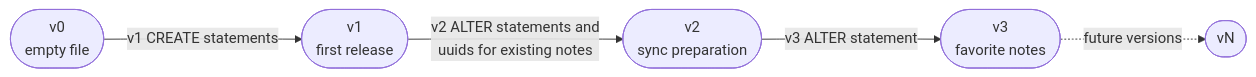
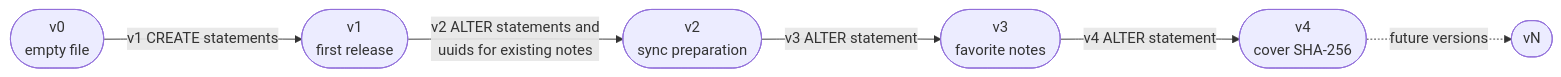
Before and after one commit to colophonbooks/colophon: the sixth of 13 diagrams in docs/design/detail-design.md, drawn with Mermaid. The commit also changed other lines of this file and 7 other files, not shown here.

````diff
--- a/docs/design/detail-design.md
+++ b/docs/design/detail-design.md
@@ -632,7 +708,8 @@
 ```mermaid
 flowchart LR
     v0(["v0<br/>empty file"]) -- "v1 CREATE statements" --> v1(["v1<br/>first release"])
     v1 -- "v2 ALTER statements and<br/>uuids for existing notes" --> v2(["v2<br/>sync preparation"])
     v2 -- "v3 ALTER statement" --> v3(["v3<br/>favorite notes"])
-    v3 -. "future versions" .-> vn(["vN"])
+    v3 -- "v4 ALTER statement" --> v4(["v4<br/>cover SHA-256"])
+    v4 -. "future versions" .-> vn(["vN"])
 ```
````
